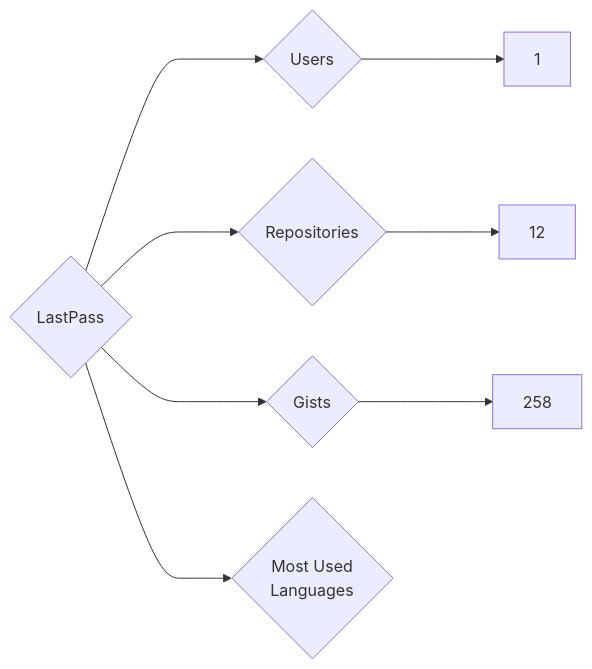
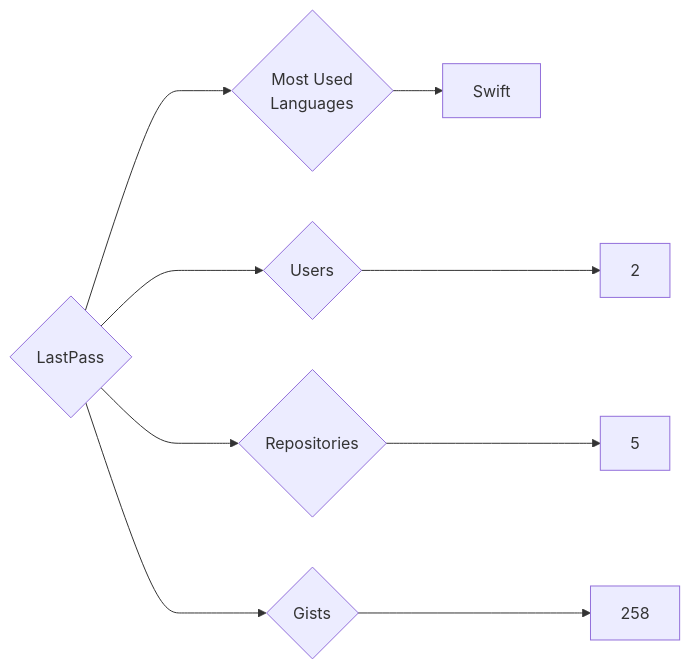
Before and after one commit to trickest/insiders: the diagram in targets/LastPass/README.md, drawn with Mermaid. The commit also changed 1496 other files, not shown here.

````diff
--- a/targets/LastPass/README.md
+++ b/targets/LastPass/README.md
@@ -3,8 +3,9 @@
 ```mermaid
 graph LR
 COMPANY_NAME{LastPass}
-COMPANY_NAME ---> U{Users} ---> UN[1]
-COMPANY_NAME ---> R{Repositories} ---> RN[12]
+COMPANY_NAME ---> U{Users} ---> UN[2]
+COMPANY_NAME ---> R{Repositories} ---> RN[5]
 COMPANY_NAME ---> G{Gists} ---> GN[258]
 COMPANY_NAME ---> ML{Most Used<br>Languages}
+ML --> Swift[Swift]
 ```
````
